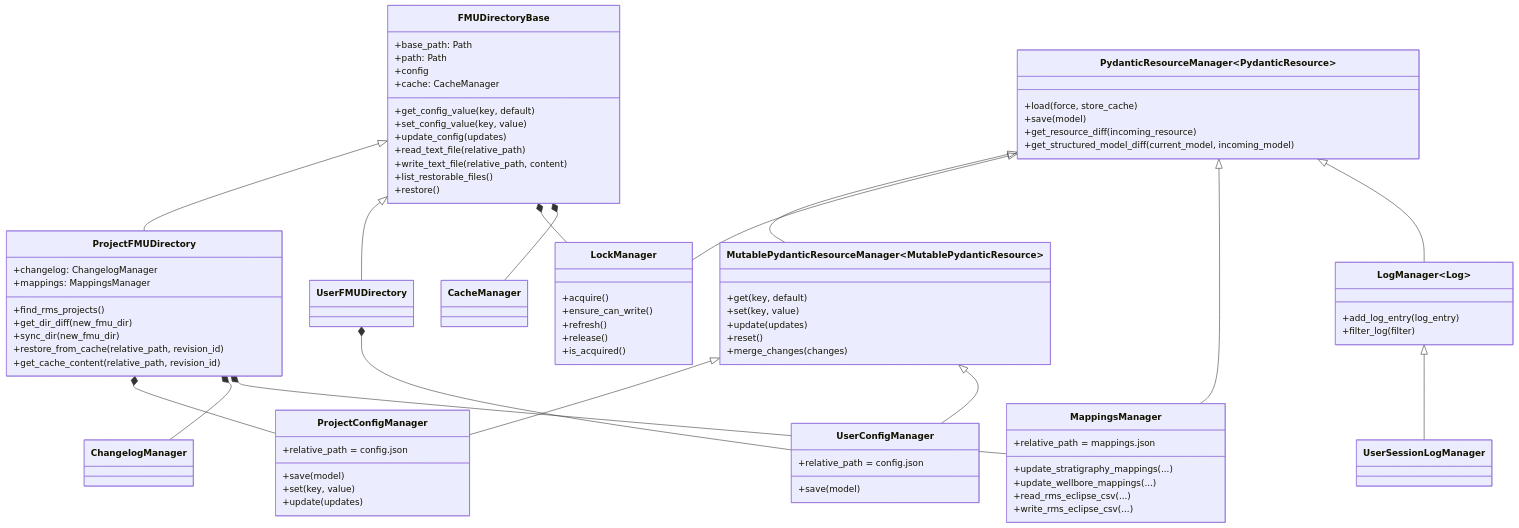
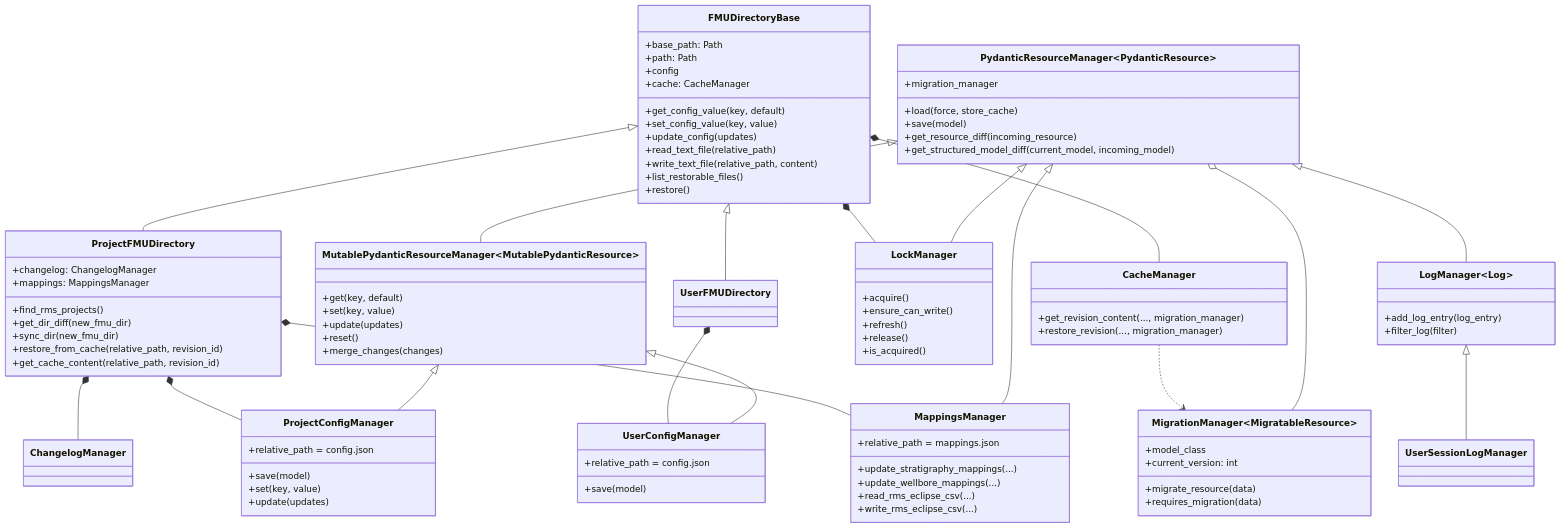
Before and after one commit to equinor/fmu-settings: the second of 3 diagrams in ARCHITECTURE.md, drawn with Mermaid. The commit also changed other lines of this file and 22 other files, not shown here.

Commit message:
ENH: Add schema migration support for versioned resources (#298)

```diff
--- a/ARCHITECTURE.md
+++ b/ARCHITECTURE.md
@@ -65,7 +65,10 @@
 
     class UserFMUDirectory
 
-    class CacheManager
+    class CacheManager {
+        +get_revision_content(..., migration_manager)
+        +restore_revision(..., migration_manager)
+    }
     class LockManager {
         +acquire()
         +ensure_can_write()
@@ -75,10 +78,18 @@
     }
 
     class PydanticResourceManager~PydanticResource~ {
+        +migration_manager
         +load(force, store_cache)
         +save(model)
         +get_resource_diff(incoming_resource)
         +get_structured_model_diff(current_model, incoming_model)
+    }
+
+    class MigrationManager~MigratableResource~ {
+        +model_class
+        +current_version: int
+        +migrate_resource(data)
+        +requires_migration(data)
     }
 
     class MutablePydanticResourceManager~MutablePydanticResource~ {
@@ -129,6 +140,8 @@
 
     FMUDirectoryBase *-- LockManager
     FMUDirectoryBase *-- CacheManager
+    PydanticResourceManager o-- MigrationManager
+    CacheManager ..> MigrationManager
     ProjectFMUDirectory *-- ProjectConfigManager
     ProjectFMUDirectory *-- ChangelogManager
     ProjectFMUDirectory *-- MappingsManager
```
